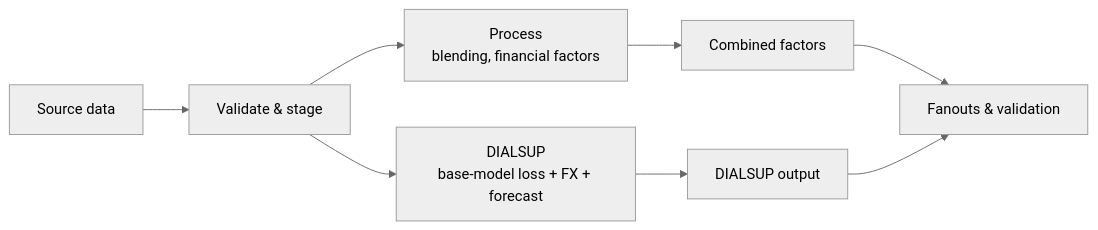
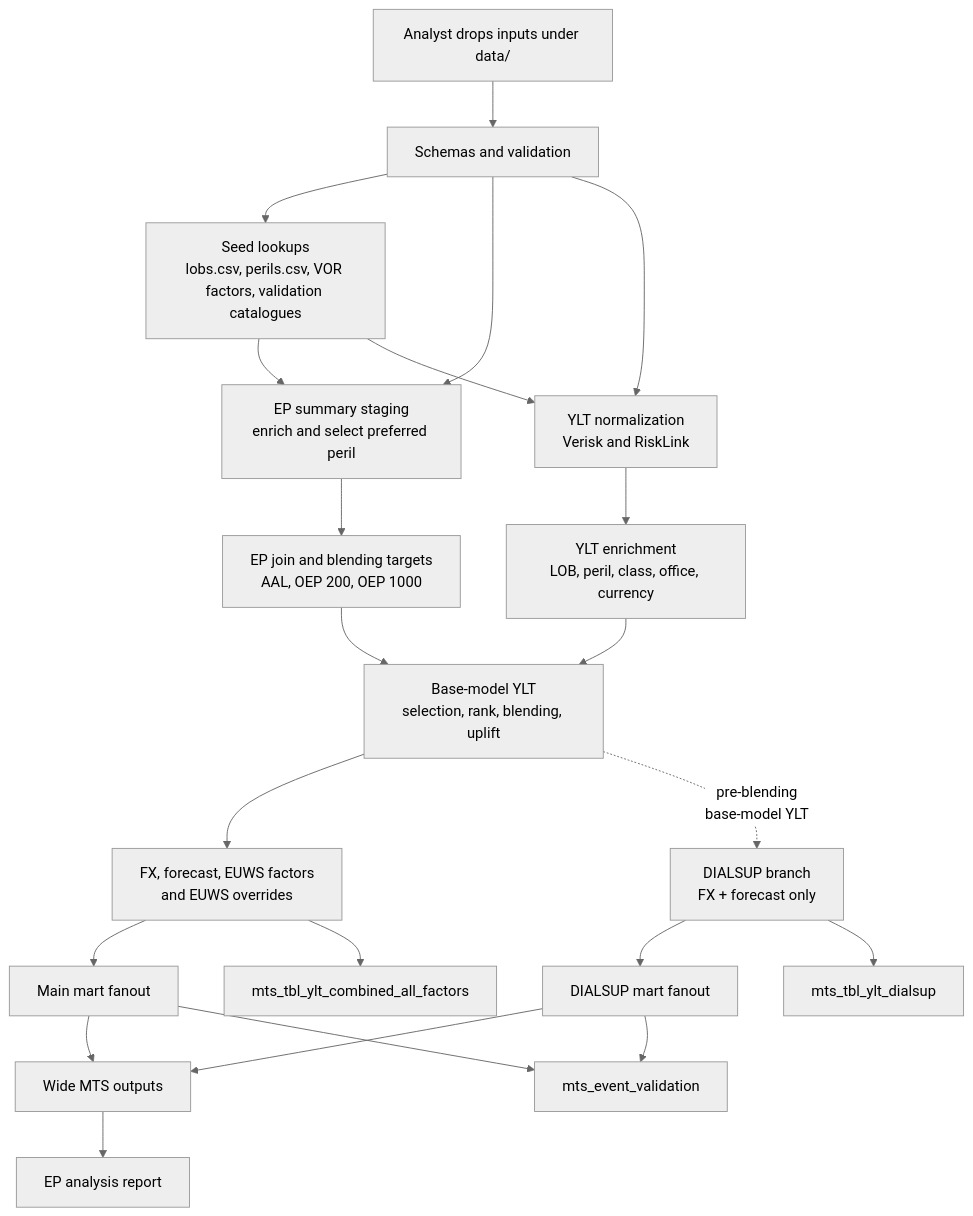
Before and after one commit to richardrh/rollup-dbt: the diagram in docs/architecture.md, drawn with Mermaid (neutral theme). The commit also changed other lines of this file and 12 other files, not shown here.

````diff
--- a/docs/architecture.md
+++ b/docs/architecture.md
@@ -10,10 +10,24 @@
 ```mermaid
-flowchart LR
-  A[Source data] --> B[Validate & stage]
-  B --> C[Process\nblending, financial factors]
-  B --> D[DIALSUP\nbase-model loss + FX + forecast]
-  C --> E[Combined factors]
-  D --> F[DIALSUP output]
-  E --> G[Fanouts & validation]
-  F --> G
+flowchart TD
+  A[Analyst drops inputs under data/] --> B[Schemas and validation]
+  B --> C[Seed lookups\nlobs.csv, perils.csv, VOR factors, validation catalogues]
+  B --> D[EP summary staging\nenrich and select preferred peril]
+  B --> E[YLT normalization\nVerisk and RiskLink]
+  C --> D
+  C --> E
+  D --> F[EP join and blending targets\nAAL, OEP 200, OEP 1000]
+  E --> G[YLT enrichment\nLOB, peril, class, office, currency]
+  F --> H[Base-model YLT\nselection, rank, blending, uplift]
+  G --> H
+  H --> I[FX, forecast, EUWS factors\nand EUWS overrides]
+  H -.->|pre-blending\nbase-model YLT| J[DIALSUP branch\nFX + forecast only]
+  I --> K[Main mart fanout]
+  J --> L[DIALSUP mart fanout]
+  I --> O[mts_tbl_ylt_combined_all_factors]
+  J --> P[mts_tbl_ylt_dialsup]
+  K --> M[Wide MTS outputs]
+  L --> M
+  K --> N[mts_event_validation]
+  L --> N
+  M --> Q[EP analysis report]
 ```
````
